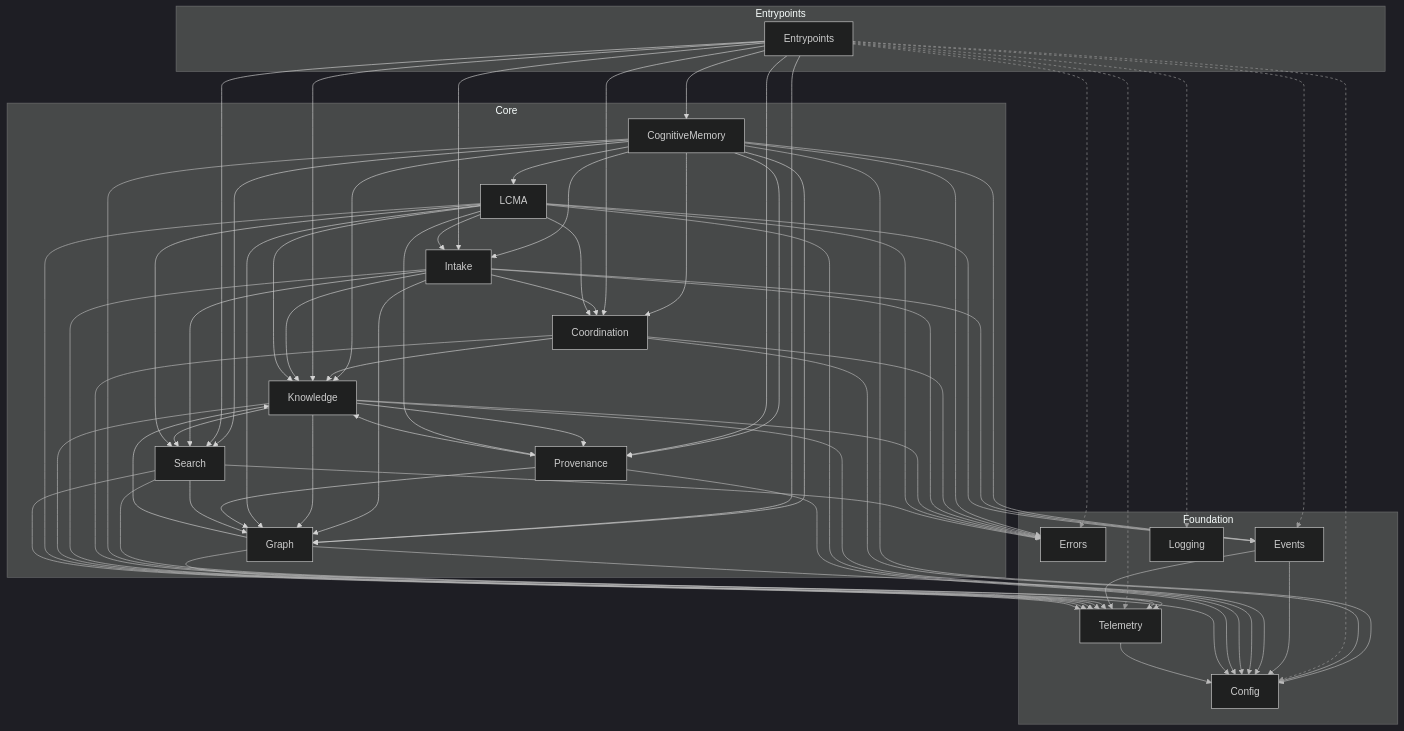
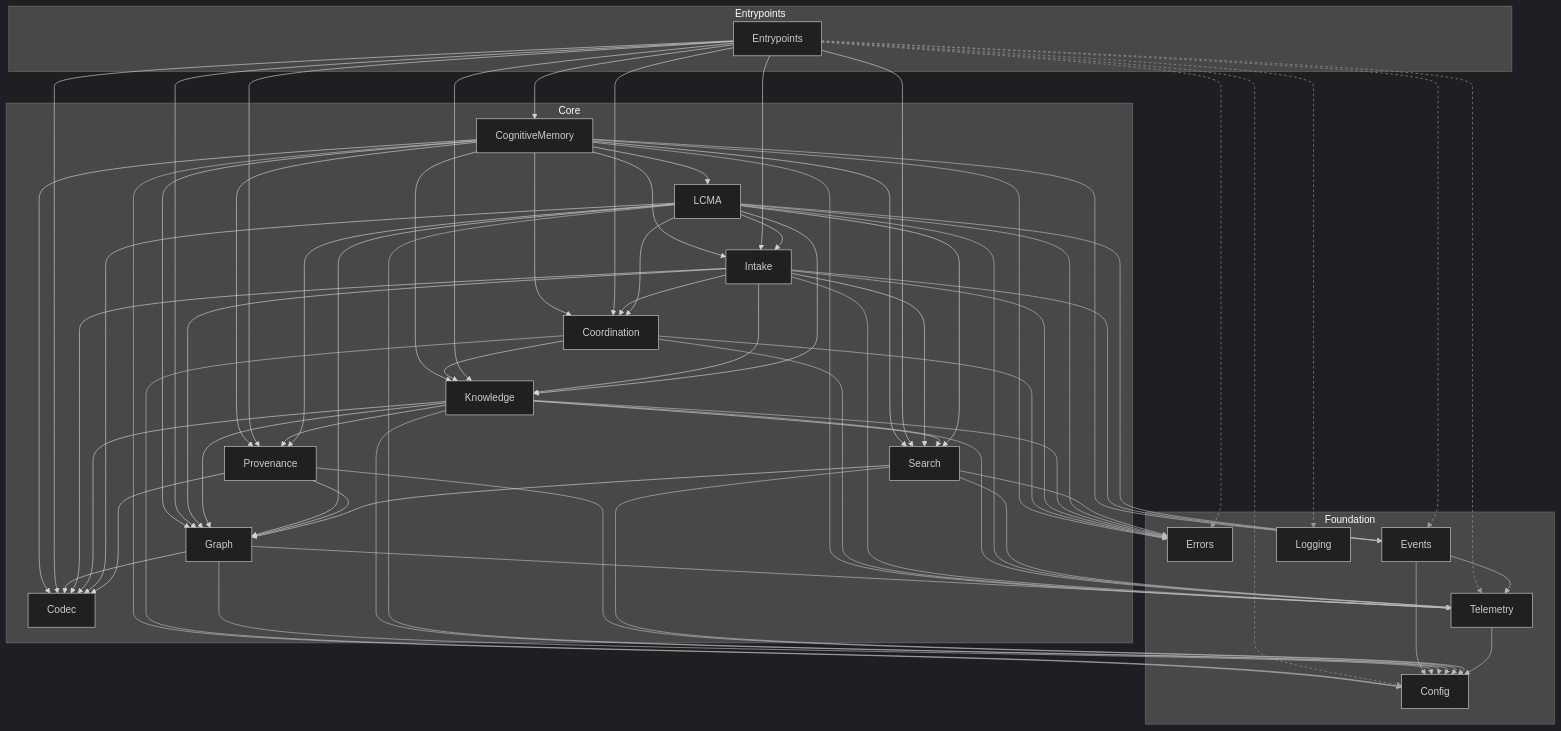
One commit to agent-lore/lithos changed the diagram in docs/generated/architecture.md. Above: the diagram before and after it, drawn with Mermaid (dark theme). The commit also changed 36 other files, not shown here.

````diff
--- a/docs/generated/architecture.md
+++ b/docs/generated/architecture.md
@@ -9,6 +9,7 @@
     Entrypoints
   end
   subgraph tier_Core["Core"]
+    Codec
     CognitiveMemory
     Coordination
     Graph
@@ -25,6 +26,7 @@
     Logging
     Telemetry
   end
+  click Codec "components/Codec.md"
   click CognitiveMemory "components/CognitiveMemory.md"
   click Config "components/Config.md"
   click Coordination "components/Coordination.md"
@@ -39,6 +41,7 @@
   click Provenance "components/Provenance.md"
   click Search "components/Search.md"
   click Telemetry "components/Telemetry.md"
+  CognitiveMemory --> Codec
   CognitiveMemory --> Config
   CognitiveMemory --> Coordination
   CognitiveMemory --> Errors
@@ -54,6 +57,7 @@
   Coordination --> Errors
   Coordination --> Knowledge
   Coordination --> Telemetry
+  Entrypoints --> Codec
   Entrypoints --> CognitiveMemory
   Entrypoints --> Config
   Entrypoints --> Coordination
@@ -68,9 +72,10 @@
   Entrypoints --> Telemetry
   Events --> Config
   Events --> Telemetry
+  Graph --> Codec
   Graph --> Config
-  Graph --> Knowledge
   Graph --> Telemetry
+  Intake --> Codec
   Intake --> Coordination
   Intake --> Errors
   Intake --> Events
@@ -78,12 +83,14 @@
   Intake --> Knowledge
   Intake --> Search
   Intake --> Telemetry
+  Knowledge --> Codec
   Knowledge --> Config
   Knowledge --> Errors
   Knowledge --> Graph
   Knowledge --> Provenance
   Knowledge --> Search
   Knowledge --> Telemetry
+  LCMA --> Codec
   LCMA --> Config
   LCMA --> Coordination
   LCMA --> Errors
@@ -94,43 +101,43 @@
   LCMA --> Provenance
   LCMA --> Search
   LCMA --> Telemetry
+  Provenance --> Codec
   Provenance --> Config
   Provenance --> Graph
-  Provenance --> Knowledge
   Search --> Config
   Search --> Errors
   Search --> Graph
   Search --> Telemetry
   Telemetry --> Config
-  linkStyle 0 stroke:#bbb
-  linkStyle 2 stroke:#bbb
+  linkStyle 1 stroke:#bbb
   linkStyle 3 stroke:#bbb
-  linkStyle 10 stroke:#bbb
+  linkStyle 4 stroke:#bbb
   linkStyle 11 stroke:#bbb
   linkStyle 12 stroke:#bbb
-  linkStyle 14 stroke:#bbb
-  linkStyle 16 stroke:#999,stroke-dasharray:4
+  linkStyle 13 stroke:#bbb
+  linkStyle 15 stroke:#bbb
   linkStyle 18 stroke:#999,stroke-dasharray:4
-  linkStyle 19 stroke:#999,stroke-dasharray:4
-  linkStyle 23 stroke:#999,stroke-dasharray:4
-  linkStyle 26 stroke:#999,stroke-dasharray:4
-  linkStyle 27 stroke:#bbb
-  linkStyle 28 stroke:#bbb
+  linkStyle 20 stroke:#999,stroke-dasharray:4
+  linkStyle 21 stroke:#999,stroke-dasharray:4
+  linkStyle 25 stroke:#999,stroke-dasharray:4
+  linkStyle 28 stroke:#999,stroke-dasharray:4
   linkStyle 29 stroke:#bbb
-  linkStyle 31 stroke:#bbb
+  linkStyle 30 stroke:#bbb
+  linkStyle 32 stroke:#bbb
   linkStyle 33 stroke:#bbb
-  linkStyle 34 stroke:#bbb
-  linkStyle 38 stroke:#bbb
-  linkStyle 39 stroke:#bbb
-  linkStyle 40 stroke:#bbb
+  linkStyle 36 stroke:#bbb
+  linkStyle 37 stroke:#bbb
+  linkStyle 41 stroke:#bbb
+  linkStyle 43 stroke:#bbb
   linkStyle 44 stroke:#bbb
-  linkStyle 45 stroke:#bbb
-  linkStyle 47 stroke:#bbb
   linkStyle 48 stroke:#bbb
-  linkStyle 54 stroke:#bbb
-  linkStyle 55 stroke:#bbb
-  linkStyle 58 stroke:#bbb
+  linkStyle 50 stroke:#bbb
+  linkStyle 52 stroke:#bbb
+  linkStyle 53 stroke:#bbb
   linkStyle 59 stroke:#bbb
   linkStyle 61 stroke:#bbb
-  linkStyle 62 stroke:#bbb
+  linkStyle 63 stroke:#bbb
+  linkStyle 64 stroke:#bbb
+  linkStyle 66 stroke:#bbb
+  linkStyle 67 stroke:#bbb
 ```
````
